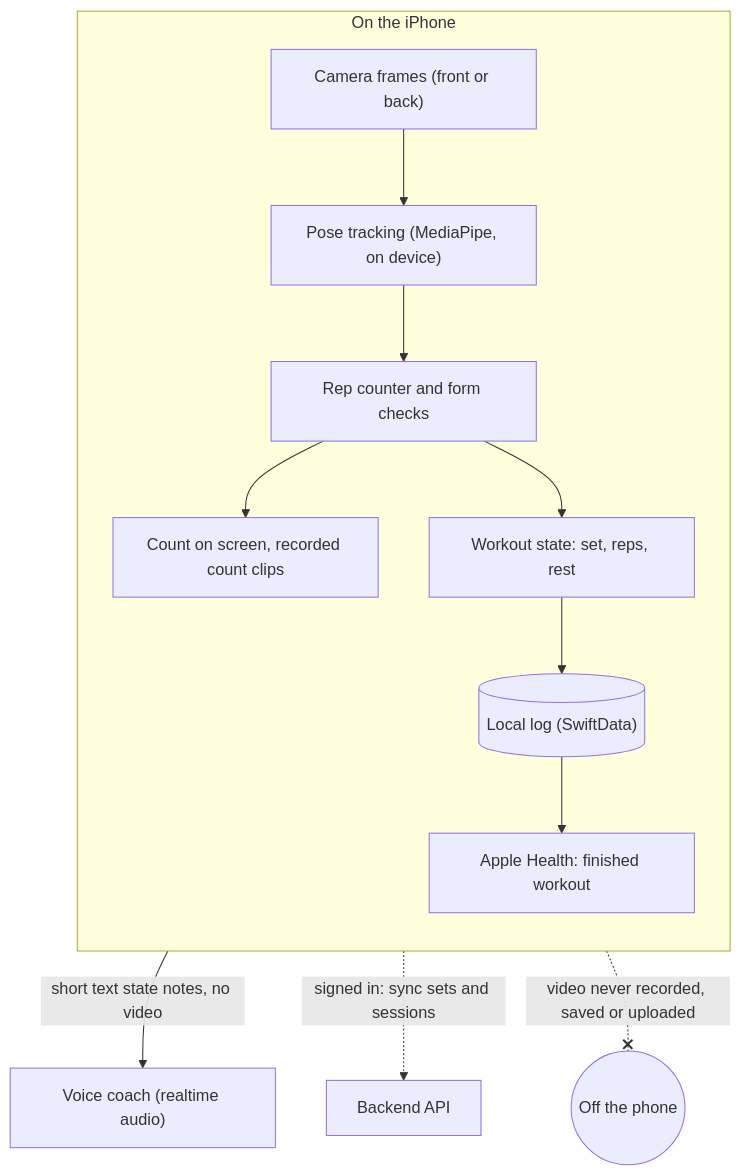
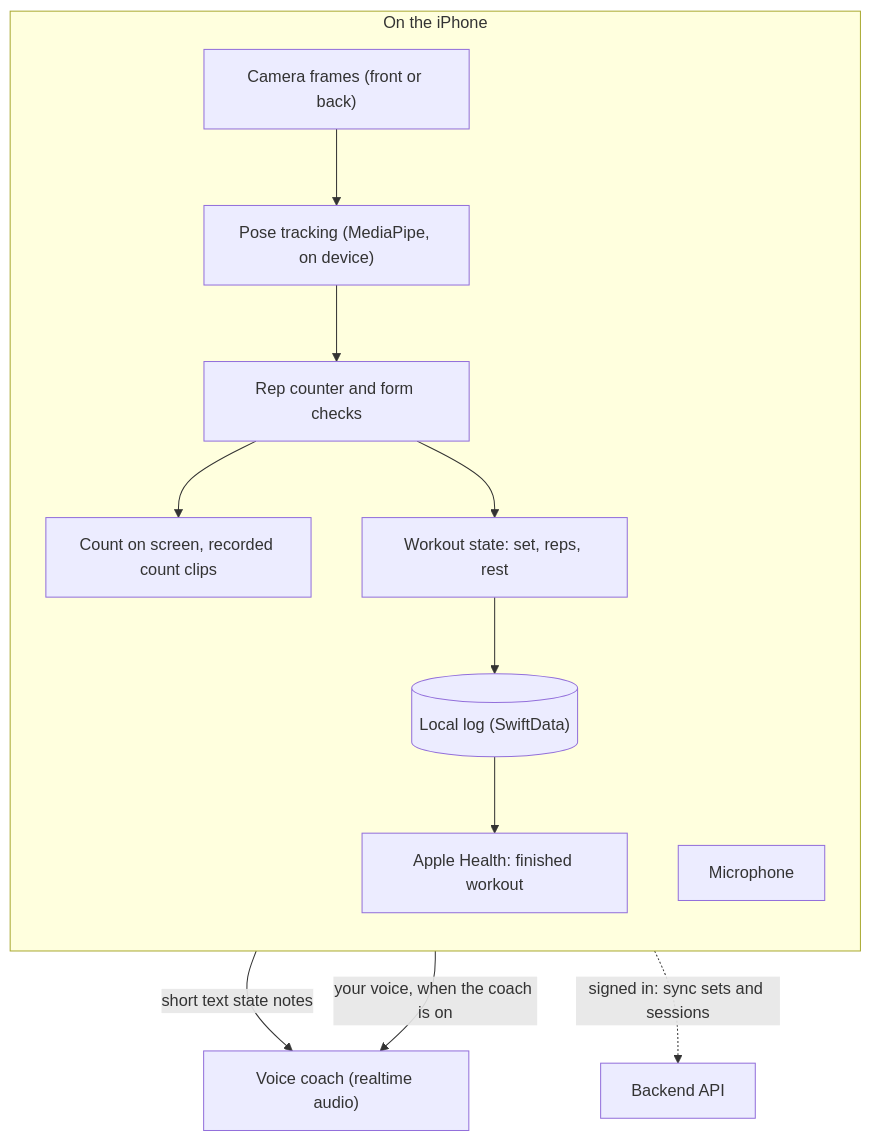
The diagram in content/diagrams/01-on-device-boundary.mmd (ashishkharche/ashishkharche), drawn with Mermaid before and after one commit. The commit also changed 13 other files, not shown here.

```diff
--- a/content/diagrams/01-on-device-boundary.mmd
+++ b/content/diagrams/01-on-device-boundary.mmd
@@ -1,13 +1,14 @@
 flowchart TB
   subgraph Phone["On the iPhone"]
     direction TB
     CAM["Camera frames (front or back)"] --> POSE["Pose tracking (MediaPipe, on device)"]
     POSE --> REPS["Rep counter and form checks"]
     REPS --> UI["Count on screen, recorded count clips"]
     REPS --> STATE["Workout state: set, reps, rest"]
     STATE --> LOG[("Local log (SwiftData)")]
     LOG --> HK["Apple Health: finished workout"]
+    MIC["Microphone"]
   end
-  STATE -- "short text state notes, no video" --> VOICE["Voice coach (realtime audio)"]
+  STATE -- "short text state notes" --> VOICE["Voice coach (realtime audio)"]
+  MIC -- "your voice, when the coach is on" --> VOICE
   LOG -. "signed in: sync sets and sessions" .-> API["Backend API"]
-  CAM -. "video never recorded, saved or uploaded" .-x OUT(("Off the phone"))
```
